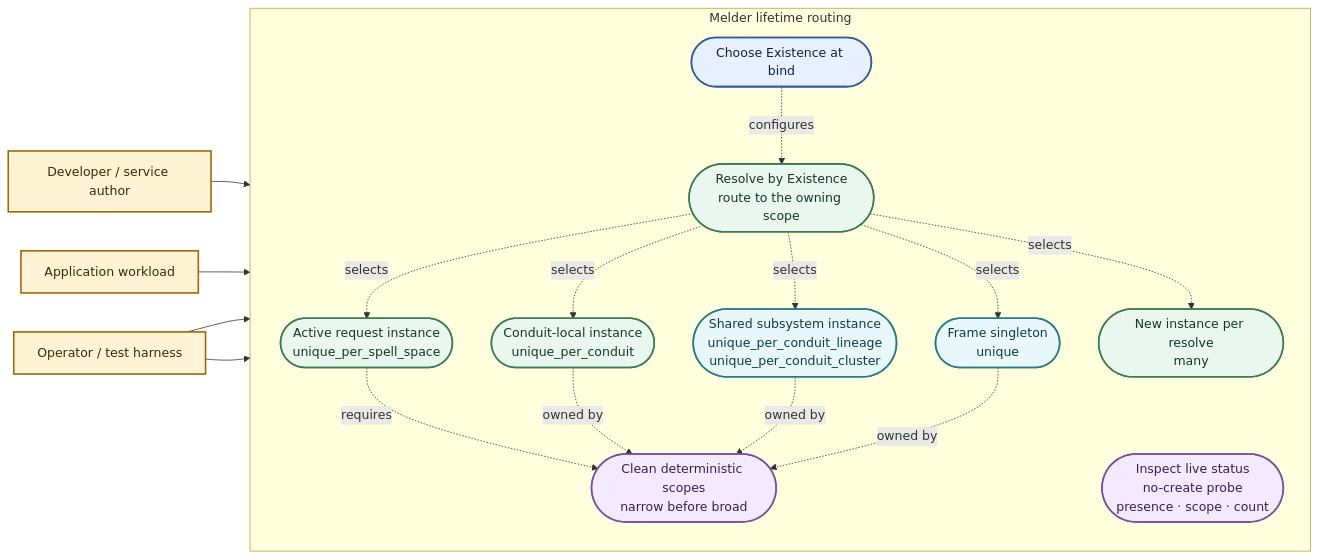
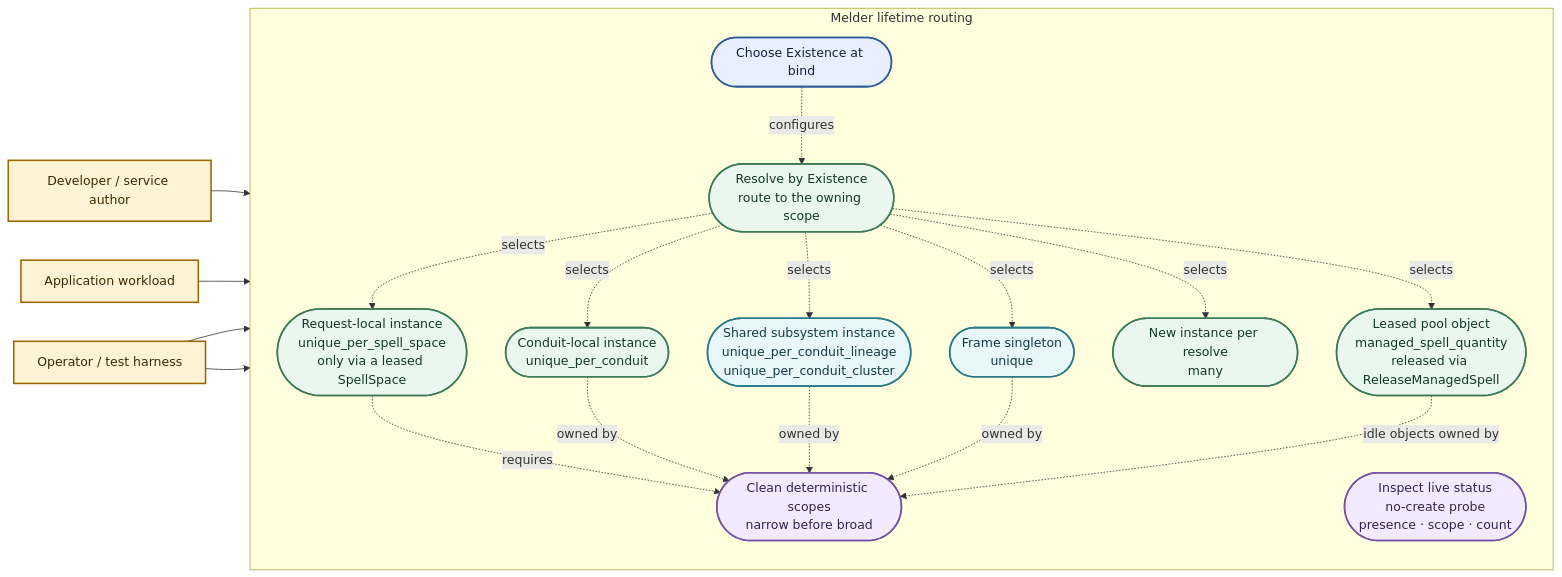
One commit to Synaptic724/melder changed the diagram in architecture_and_design/05_engineering_drawings/mermaid/use_case_scoped_lifetimes.mmd. Above: the diagram before and after it, drawn with Mermaid. The commit also changed 109 other files, not shown here.

```diff
--- a/architecture_and_design/05_engineering_drawings/mermaid/use_case_scoped_lifetimes.mmd
+++ b/architecture_and_design/05_engineering_drawings/mermaid/use_case_scoped_lifetimes.mmd
@@ -1,47 +1,50 @@
 flowchart LR
     accTitle: Scoped lifetime use cases
-    accDescr: A developer selects an Existence policy when binding. Application code resolves objects whose reuse boundary may be the AethericFrame, conduit lineage or cluster, one Conduit, an active SpellSpace, or one meld call. Operators can inspect live-creation status without constructing and clean scopes deterministically in narrow-to-broad order.
+    accDescr: A developer selects an Existence policy when binding. Application code resolves objects whose reuse boundary may be the AethericFrame, conduit lineage or cluster, one Conduit, a leased SpellSpace, one meld call, or a root-owned pool that leases each object until its holder releases it through ReleaseManagedSpell. Operators can inspect live-creation status without constructing and clean scopes deterministically in narrow-to-broad order.
 
     developer["Developer / service author"]
     app["Application workload"]
     operator["Operator / test harness"]
 
     subgraph runtime["Melder lifetime routing"]
         direction TB
         choose(["Choose Existence at bind"])
         resolve(["Resolve by Existence<br/>route to the owning scope"])
         frame(["Frame singleton<br/>unique"])
         shared(["Shared subsystem instance<br/>unique_per_conduit_lineage<br/>unique_per_conduit_cluster"])
         conduit(["Conduit-local instance<br/>unique_per_conduit"])
-        request(["Active request instance<br/>unique_per_spell_space"])
+        request(["Request-local instance<br/>unique_per_spell_space<br/>only via a leased SpellSpace"])
         transient(["New instance per resolve<br/>many"])
+        managed(["Leased pool object<br/>managed_spell_quantity<br/>released via ReleaseManagedSpell"])
         probe(["Inspect live status<br/>no-create probe<br/>presence · scope · count"])
         cleanup(["Clean deterministic scopes<br/>narrow before broad"])
 
         choose -.->|"configures"| resolve
         resolve -.->|"selects"| frame
         resolve -.->|"selects"| shared
         resolve -.->|"selects"| conduit
         resolve -.->|"selects"| request
         resolve -.->|"selects"| transient
+        resolve -.->|"selects"| managed
         request -.->|"requires"| cleanup
         conduit -.->|"owned by"| cleanup
         shared -.->|"owned by"| cleanup
         frame -.->|"owned by"| cleanup
+        managed -.->|"idle objects owned by"| cleanup
     end
 
     developer --> choose
     app --> resolve
     operator --> probe
     operator --> cleanup
 
     classDef actor fill:#fff3d6,stroke:#9a6700,color:#3d2900,stroke-width:2px
     classDef definition fill:#e8f0ff,stroke:#315a99,color:#10213d,stroke-width:2px
     classDef shared fill:#e7f7fa,stroke:#287a88,color:#123b43,stroke-width:2px
     classDef execution fill:#eaf7ef,stroke:#3f7a56,color:#153824,stroke-width:2px
     classDef governance fill:#f4eaff,stroke:#7552a3,color:#35214f,stroke-width:2px
     class developer,app,operator actor
     class choose definition
     class frame,shared shared
-    class resolve,conduit,request,transient execution
+    class resolve,conduit,request,transient,managed execution
     class probe,cleanup governance
```
